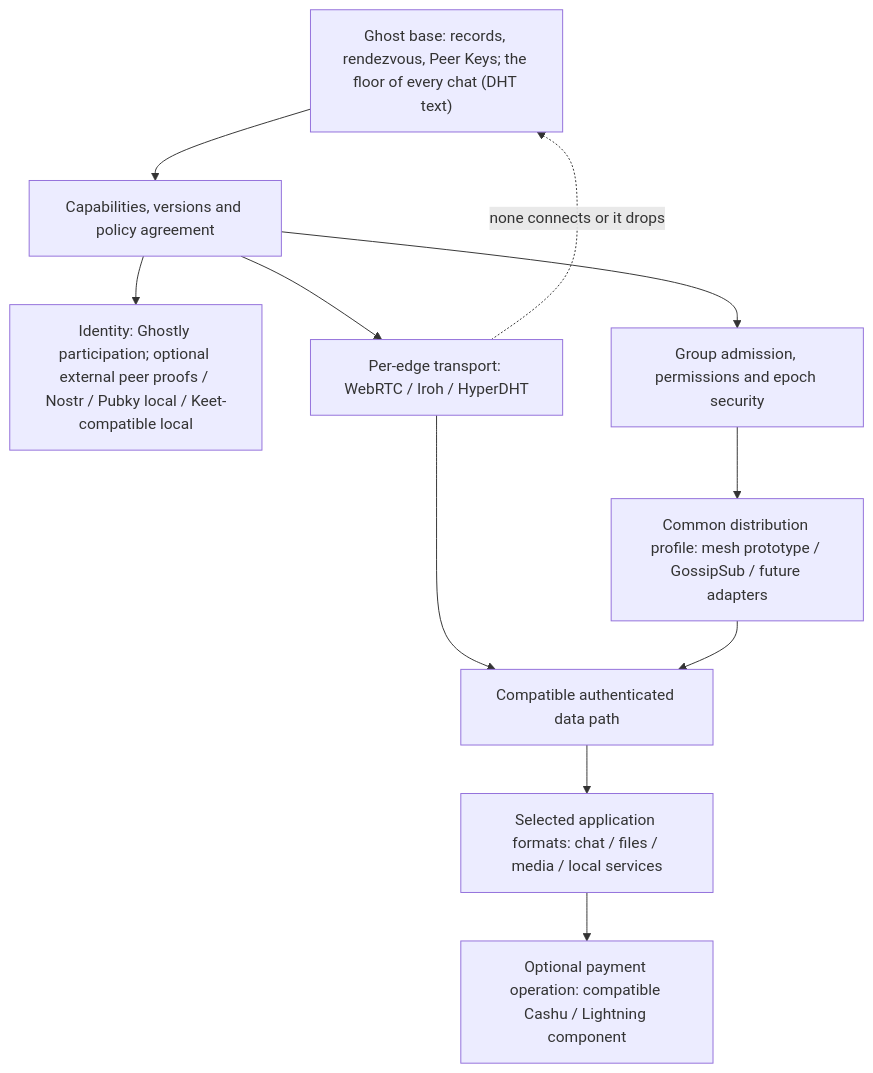
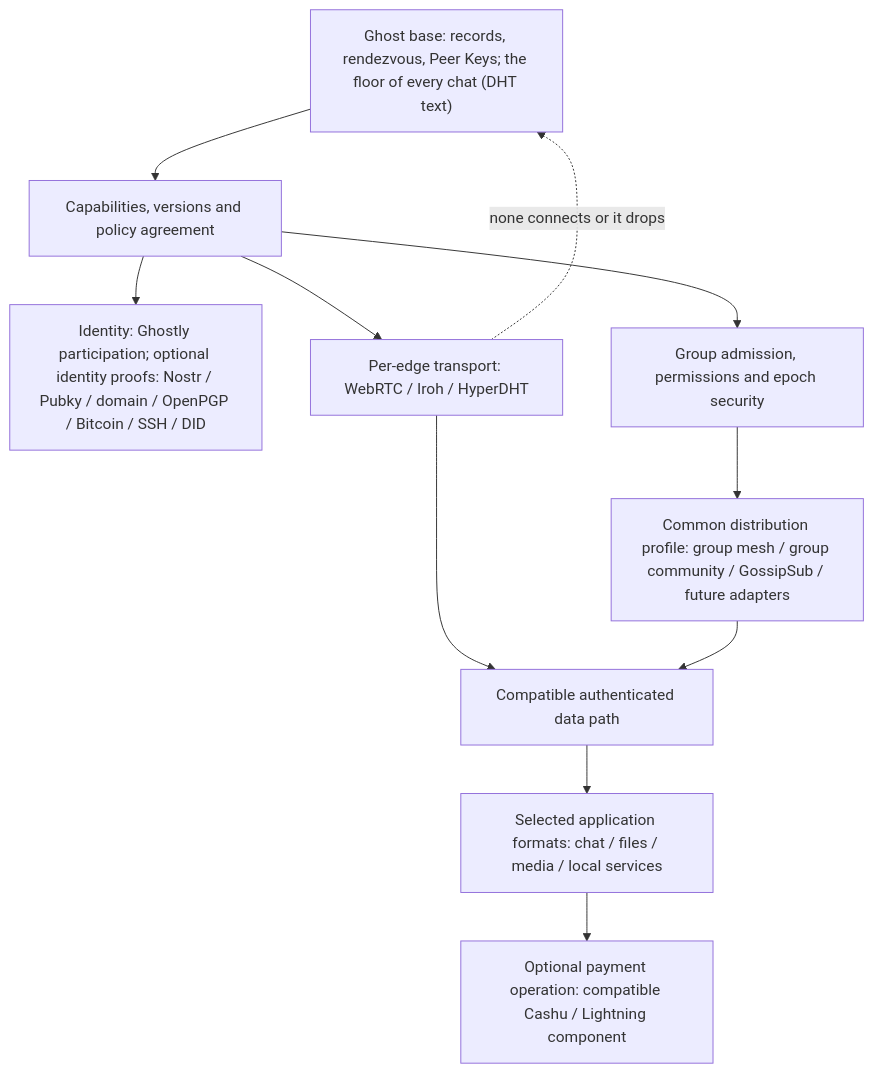
The diagram in docs/wisps/MAP.md (MiguelMedeiros/ghostly), drawn with Mermaid before and after one commit. The commit also changed other lines of this file and 89 other files, not shown here.

````diff
--- a/docs/wisps/MAP.md
+++ b/docs/wisps/MAP.md
@@ -12,15 +12,15 @@
 ```mermaid
 flowchart TB
     Base["Ghost base: records, rendezvous, Peer Keys; the floor of every chat (DHT text)"]
     Agree["Capabilities, versions and policy agreement"]
     Base --> Agree
-    Agree --> Proof["Identity: Ghostly participation; optional external peer proofs / Nostr / Pubky local / Keet-compatible local"]
+    Agree --> Proof["Identity: Ghostly participation; optional identity proofs: Nostr / Pubky / domain / OpenPGP / Bitcoin / SSH / DID"]
     Agree --> Edge["Per-edge transport: WebRTC / Iroh / HyperDHT"]
     Agree --> Rules["Group admission, permissions and epoch security"]
-    Rules --> Overlay["Common distribution profile: mesh prototype / GossipSub / future adapters"]
+    Rules --> Overlay["Common distribution profile: group mesh / group community / GossipSub / future adapters"]
     Edge --> Path["Compatible authenticated data path"]
     Edge -. none connects or it drops .-> Base
     Overlay --> Path
     Path --> Apps["Selected application formats: chat / files / media / local services"]
     Apps --> Pay["Optional payment operation: compatible Cashu / Lightning component"]
 ```
````
